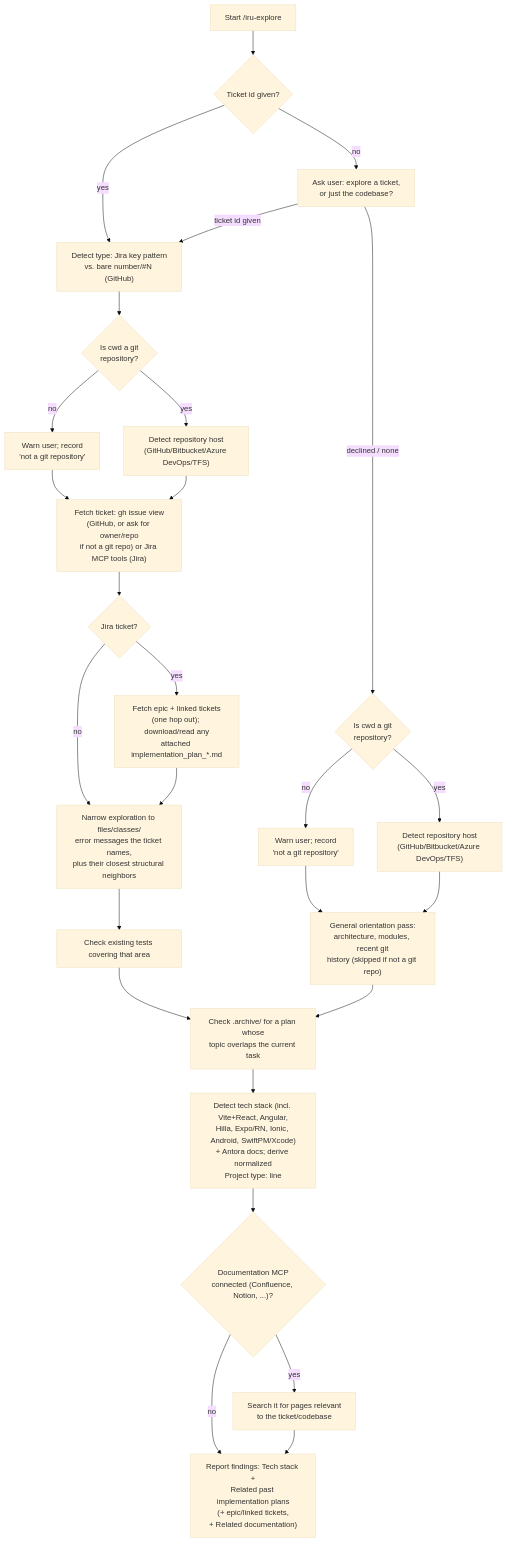
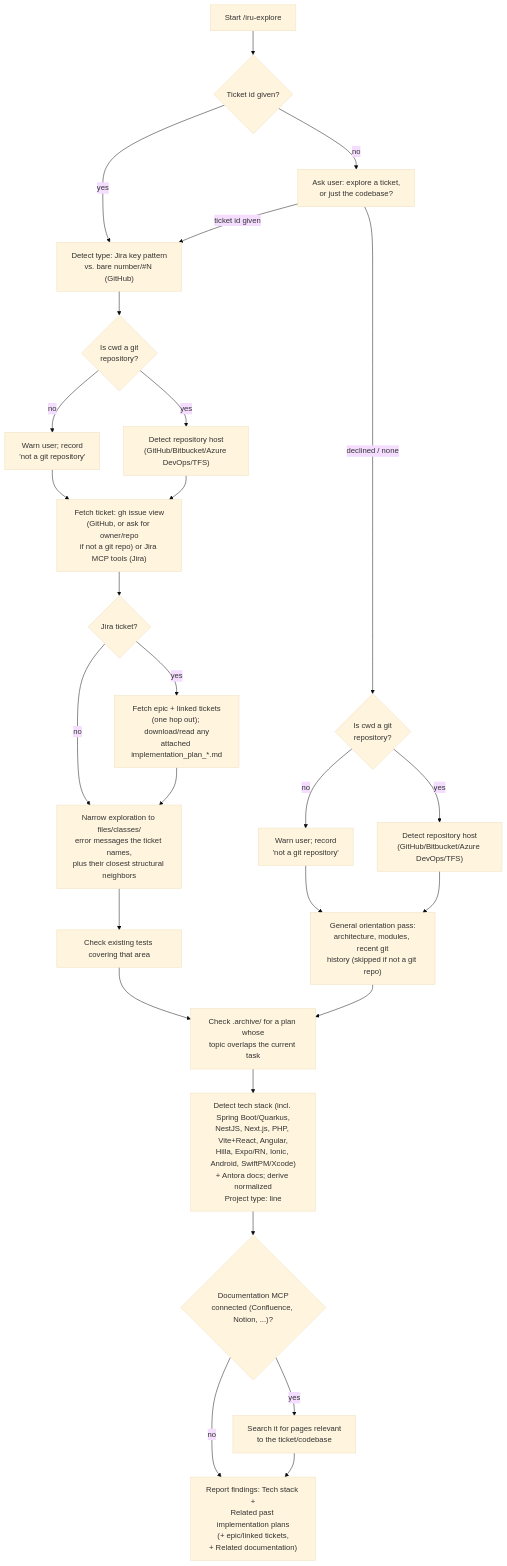
Before and after one commit to albertoirurueta/ai-catalog: the diagram in docs/modules/ROOT/pages/skills/iru-explore.adoc, drawn with Mermaid (base theme). The commit also changed other lines of this file and 234 other files, not shown here.

First line of the commit message:
Support Kotlin Spring Boot, Quarkus, PHP, NestJS and Next.js (#19)

```diff
--- a/docs/modules/ROOT/pages/skills/iru-explore.adoc
+++ b/docs/modules/ROOT/pages/skills/iru-explore.adoc
@@ -149,30 +187,30 @@
 [mermaid]
 ....
 flowchart TD
     A[Start /iru-explore] --> B{Ticket id given?}
     B -- yes --> C["Detect type: Jira key pattern\nvs. bare number/#N (GitHub)"]
     B -- no --> D["Ask user: explore a ticket,\nor just the codebase?"]
     D -- ticket id given --> C
     D -- declined / none --> E0{Is cwd a git\nrepository?}
     C --> F0{Is cwd a git\nrepository?}
     F0 -- no --> F1["Warn user; record\n'not a git repository'"]
     F0 -- yes --> F["Detect repository host\n(GitHub/Bitbucket/Azure DevOps/TFS)"]
     F1 --> G
     F --> G["Fetch ticket: gh issue view\n(GitHub, or ask for owner/repo\nif not a git repo) or Jira MCP tools (Jira)"]
     G --> G1{Jira ticket?}
     G1 -- yes --> G2["Fetch epic + linked tickets\n(one hop out); download/read any\nattached implementation_plan_*.md"]
     G1 -- no --> H
     G2 --> H["Narrow exploration to files/classes/\nerror messages the ticket names,\nplus their closest structural neighbors"]
     H --> I["Check existing tests covering that area"]
     E0 -- no --> F1B["Warn user; record\n'not a git repository'"]
     E0 -- yes --> E["Detect repository host\n(GitHub/Bitbucket/Azure DevOps/TFS)"]
     F1B --> J
     E --> J["General orientation pass:\narchitecture, modules, recent git\nhistory (skipped if not a git repo)"]
     I --> O["Check .archive/ for a plan whose\ntopic overlaps the current task"]
     J --> O
-    O --> K["Detect tech stack (incl. Vite+React, Angular,\nHilla, Expo/RN, Ionic, Android, SwiftPM/Xcode)\n+ Antora docs; derive normalized\nProject type: line"]
+    O --> K["Detect tech stack (incl. Spring Boot/Quarkus,\nNestJS, Next.js, PHP, Vite+React, Angular,\nHilla, Expo/RN, Ionic, Android, SwiftPM/Xcode)\n+ Antora docs; derive normalized\nProject type: line"]
     K --> M{"Documentation MCP\nconnected (Confluence, Notion, ...)?"}
     M -- yes --> N["Search it for pages relevant\nto the ticket/codebase"]
     M -- no --> L["Report findings: Tech stack +\nRelated past implementation plans\n(+ epic/linked tickets,\n+ Related documentation)"]
     N --> L
 ....
```
